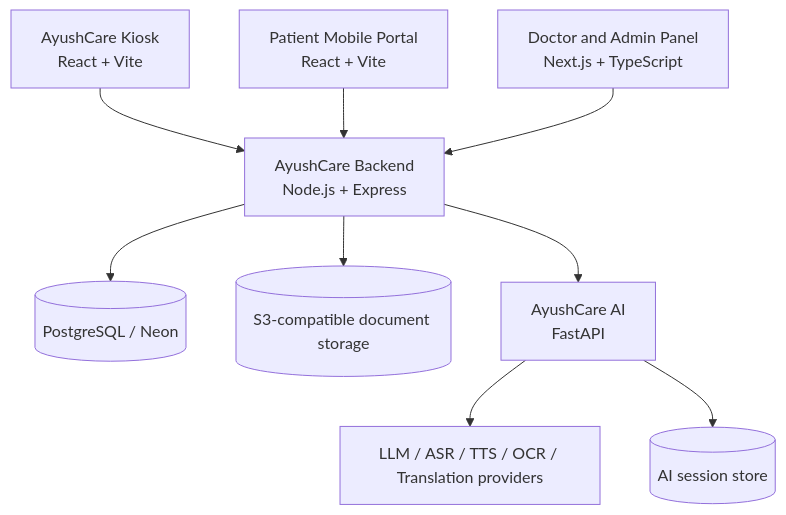
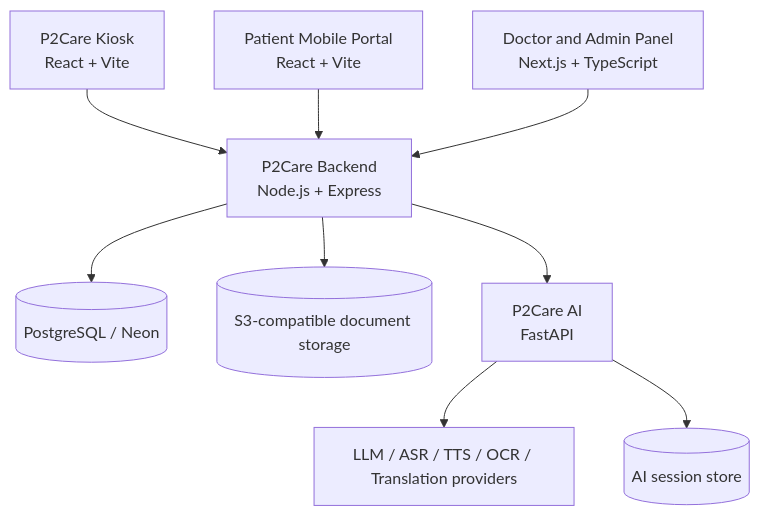
Before and after one commit to amanverma-98/ABC-Gurgaon-Hackathon: the third of 3 diagrams in README.md, drawn with Mermaid. The commit also changed other lines of this file and 13 other files, not shown here.

````diff
--- a/README.md
+++ b/README.md
@@ -102,11 +130,11 @@
 ```mermaid
 flowchart TD
-  Kiosk[AyushCare Kiosk<br/>React + Vite] --> API[AyushCare Backend<br/>Node.js + Express]
+  Kiosk[P2Care Kiosk<br/>React + Vite] --> API[P2Care Backend<br/>Node.js + Express]
   Mobile[Patient Mobile Portal<br/>React + Vite] --> API
   Panel[Doctor and Admin Panel<br/>Next.js + TypeScript] --> API
   API --> DB[(PostgreSQL / Neon)]
   API --> S3[(S3-compatible document storage)]
-  API --> AI[AyushCare AI<br/>FastAPI]
+  API --> AI[P2Care AI<br/>FastAPI]
   AI --> Providers[LLM / ASR / TTS / OCR / Translation providers]
   AI --> AIDB[(AI session store)]
 ```
````
